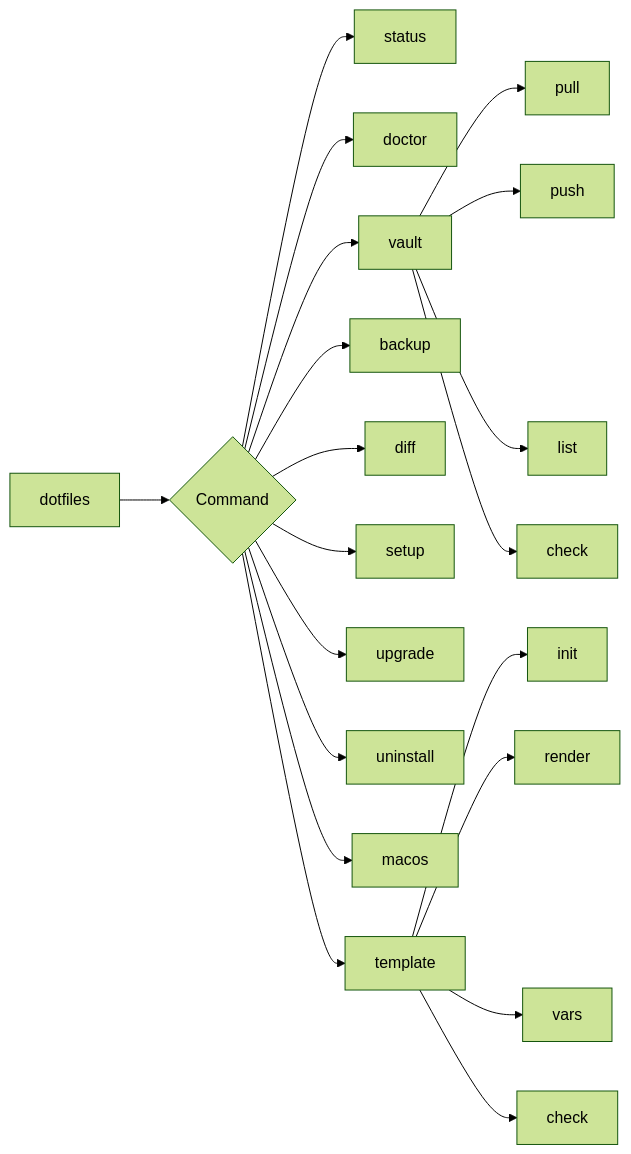
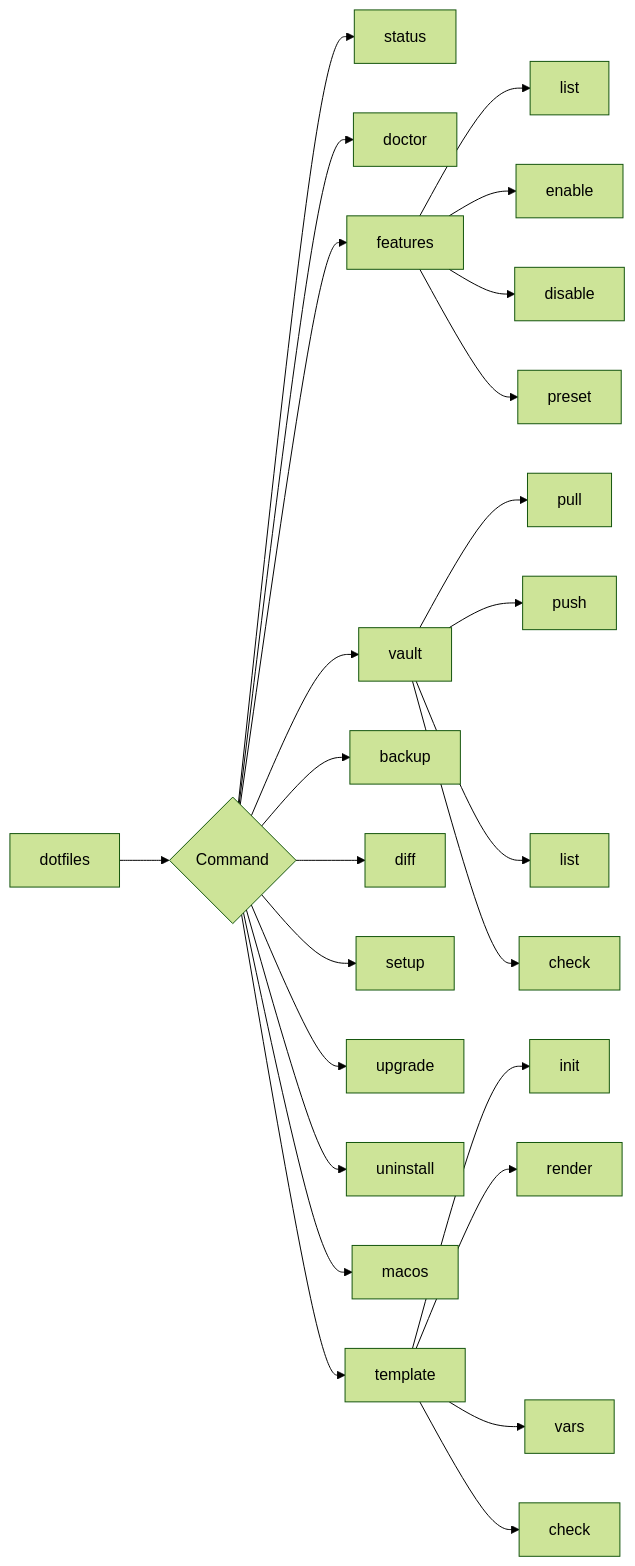
Before and after one commit to blackwell-systems/blackdot: the third of 9 diagrams in docs/architecture.md, drawn with Mermaid (forest theme). The commit also changed other lines of this file and 10 other files, not shown here.

````diff
--- a/docs/architecture.md
+++ b/docs/architecture.md
@@ -120,24 +154,30 @@
 ```mermaid
 graph LR
     A[dotfiles] --> B{Command}
     B --> C[status]
     B --> D[doctor]
+    B --> M[features]
     B --> E[vault]
     B --> F[backup]
     B --> G[diff]
     B --> H[setup]
     B --> I[upgrade]
     B --> J[uninstall]
     B --> K[macos]
     B --> L[template]
+
+    M --> M1[list]
+    M --> M2[enable]
+    M --> M3[disable]
+    M --> M4[preset]
 
     E --> E1[pull]
     E --> E2[push]
     E --> E3[list]
     E --> E4[check]
 
     L --> L1[init]
     L --> L2[render]
     L --> L3[vars]
     L --> L4[check]
 ```
````
